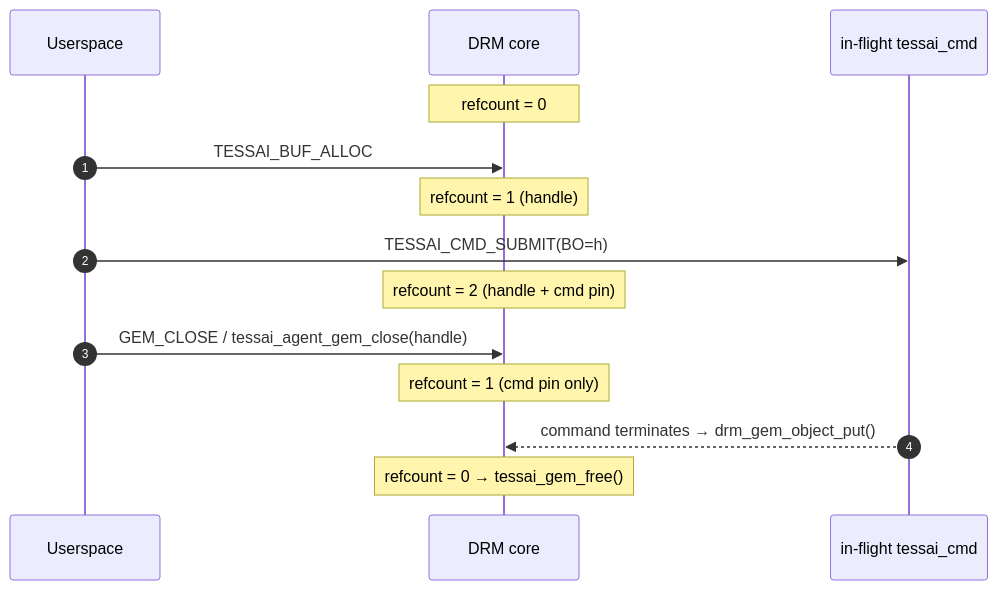
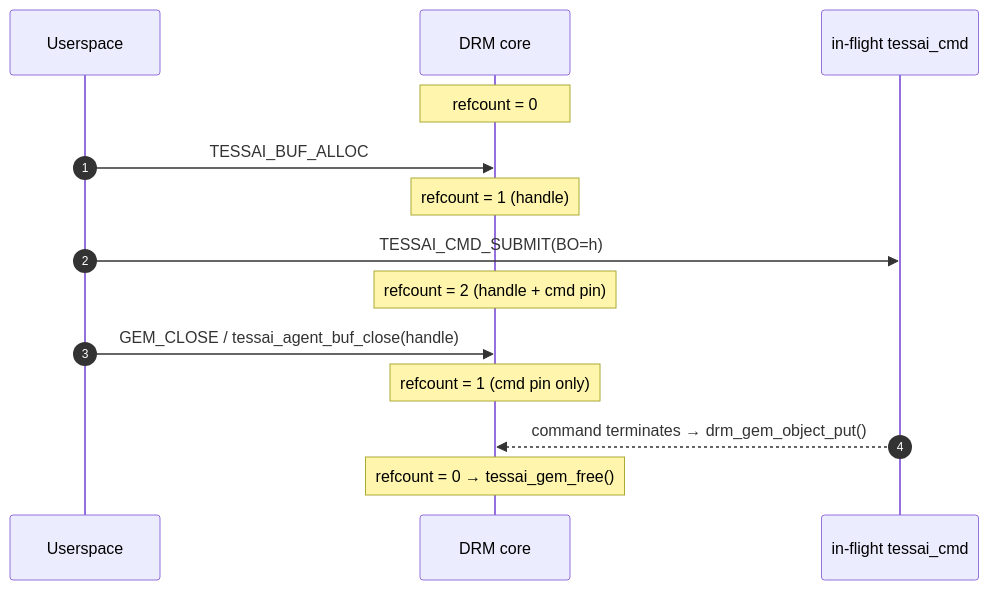
One commit to Xilinx/amdrnpu changed the second of 6 diagrams in docs/buffer-management.md. Above: the diagram before and after it, drawn with Mermaid. The commit also changed other lines of this file and 4 other files, not shown here.

First line of the commit message:
docs: tessai-agent protocol, buffers, and CMA pool usage

````diff
--- a/docs/buffer-management.md
+++ b/docs/buffer-management.md
@@ -57,20 +58,20 @@
 ```mermaid
 sequenceDiagram
     autonumber
     participant U as Userspace
     participant CORE as DRM core
     participant CMD as in-flight tessai_cmd
     Note over CORE: refcount = 0
 
     U->>CORE: TESSAI_BUF_ALLOC
     Note over CORE: refcount = 1 (handle)
 
     U->>CMD: TESSAI_CMD_SUBMIT(BO=h)
     Note over CORE: refcount = 2 (handle + cmd pin)
 
-    U->>CORE: GEM_CLOSE / tessai_agent_gem_close(handle)
+    U->>CORE: GEM_CLOSE / tessai_agent_buf_close(handle)
     Note over CORE: refcount = 1 (cmd pin only)
 
     CMD-->>CORE: command terminates → drm_gem_object_put()
     Note over CORE: refcount = 0 → tessai_gem_free()
 ```
````
